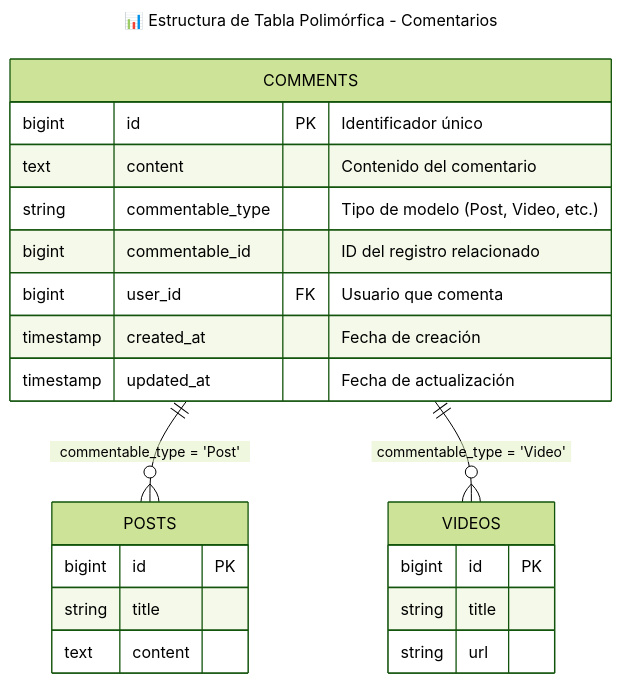
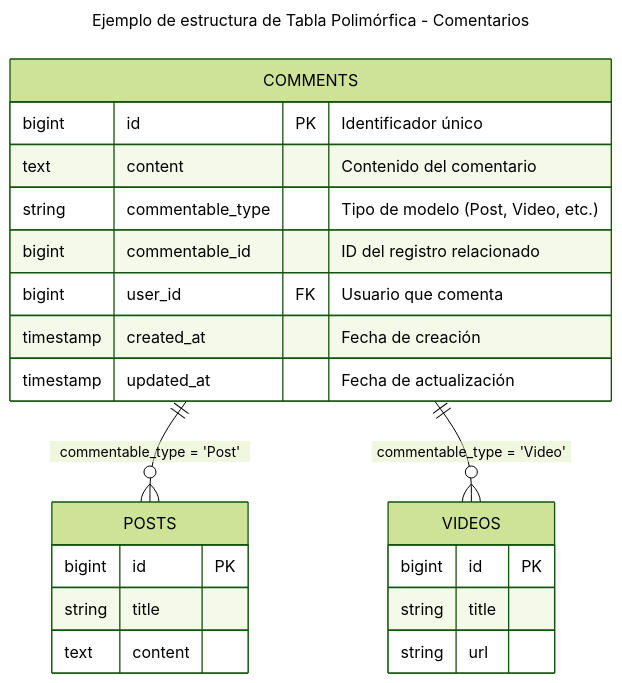
Before and after one commit to arturoblasco/dwes25: the diagram in md/upl3/304.md, drawn with Mermaid (forest theme). The commit also changed other lines of this file and 13 other files, not shown here.

````diff
--- a/md/upl3/304.md
+++ b/md/upl3/304.md
@@ -37,30 +37,30 @@
 ```mermaid
 ---
-title: 📊 Estructura de Tabla Polimórfica - Comentarios
+title: Ejemplo de estructura de Tabla Polimórfica - Comentarios
 ---
 erDiagram
    COMMENTS {
        bigint id PK "Identificador único"
        text content "Contenido del comentario"
        string commentable_type "Tipo de modelo (Post, Video, etc.)"
        bigint commentable_id "ID del registro relacionado"
        bigint user_id FK "Usuario que comenta"
        timestamp created_at "Fecha de creación"
        timestamp updated_at "Fecha de actualización"
    }
    
    POSTS {
        bigint id PK
        string title
        text content
    }
    
    VIDEOS {
        bigint id PK
        string title
        string url
    }
    
    COMMENTS ||--o{ POSTS : "commentable_type = 'Post'"
    COMMENTS ||--o{ VIDEOS : "commentable_type = 'Video'"
 ```
````
